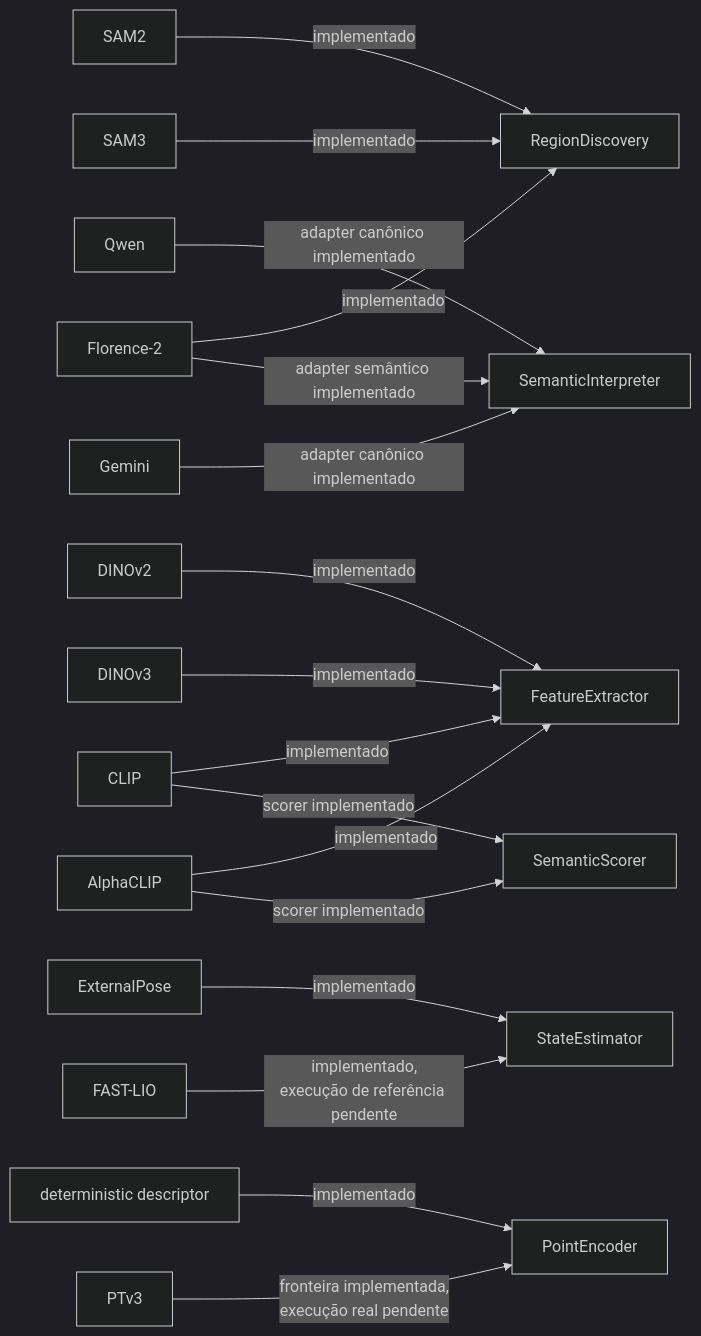
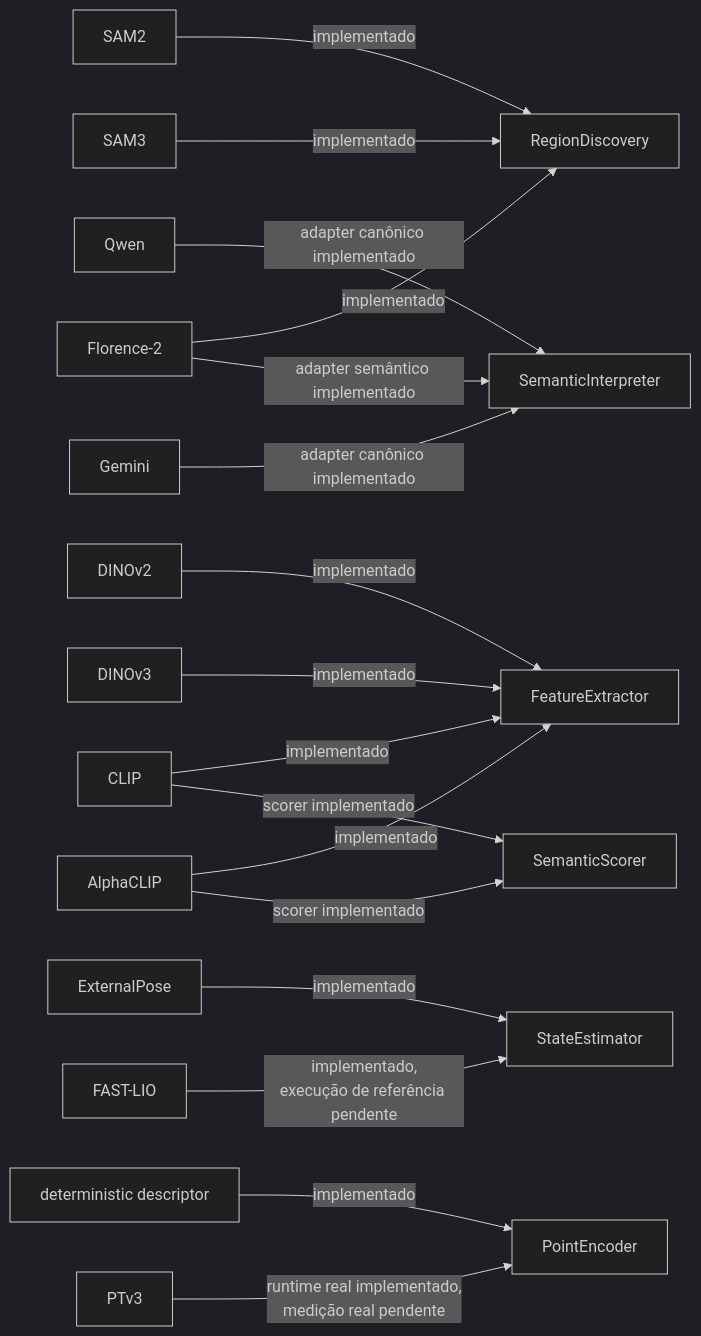
Before and after one commit to Alexandre-Tortoza/contextmap2: the fourth of 7 diagrams in docs/architecture.md, drawn with Mermaid (dark theme). The commit also changed 3 other files, not shown here.

````diff
--- a/docs/architecture.md
+++ b/docs/architecture.md
@@ -277,27 +277,27 @@
 ```mermaid
 flowchart LR
     RD["RegionDiscovery"]
     FE["FeatureExtractor"]
     SI["SemanticInterpreter"]
     SS["SemanticScorer"]
     SE["StateEstimator"]
     PE["PointEncoder"]
 
     SAM2["SAM2"] -->|implementado| RD
     SAM3["SAM3"] -->|implementado| RD
     F2["Florence-2"] -->|implementado| RD
 
     D2["DINOv2"] -->|implementado| FE
     D3["DINOv3"] -->|implementado| FE
     CLIP["CLIP"] -->|implementado| FE
     ACLIP["AlphaCLIP"] -->|implementado| FE
     Q["Qwen"] -->|adapter canônico implementado| SI
     G["Gemini"] -->|adapter canônico implementado| SI
     F2 -->|adapter semântico implementado| SI
     CLIP -->|scorer implementado| SS
     ACLIP -->|scorer implementado| SS
     EXT["ExternalPose"] -->|implementado| SE
     FL["FAST-LIO"] -->|implementado,<br/>execução de referência pendente| SE
     DET["deterministic descriptor"] -->|implementado| PE
-    PT["PTv3"] -->|fronteira implementada,<br/>execução real pendente| PE
+    PT["PTv3"] -->|runtime real implementado,<br/>medição real pendente| PE
 ```
````
